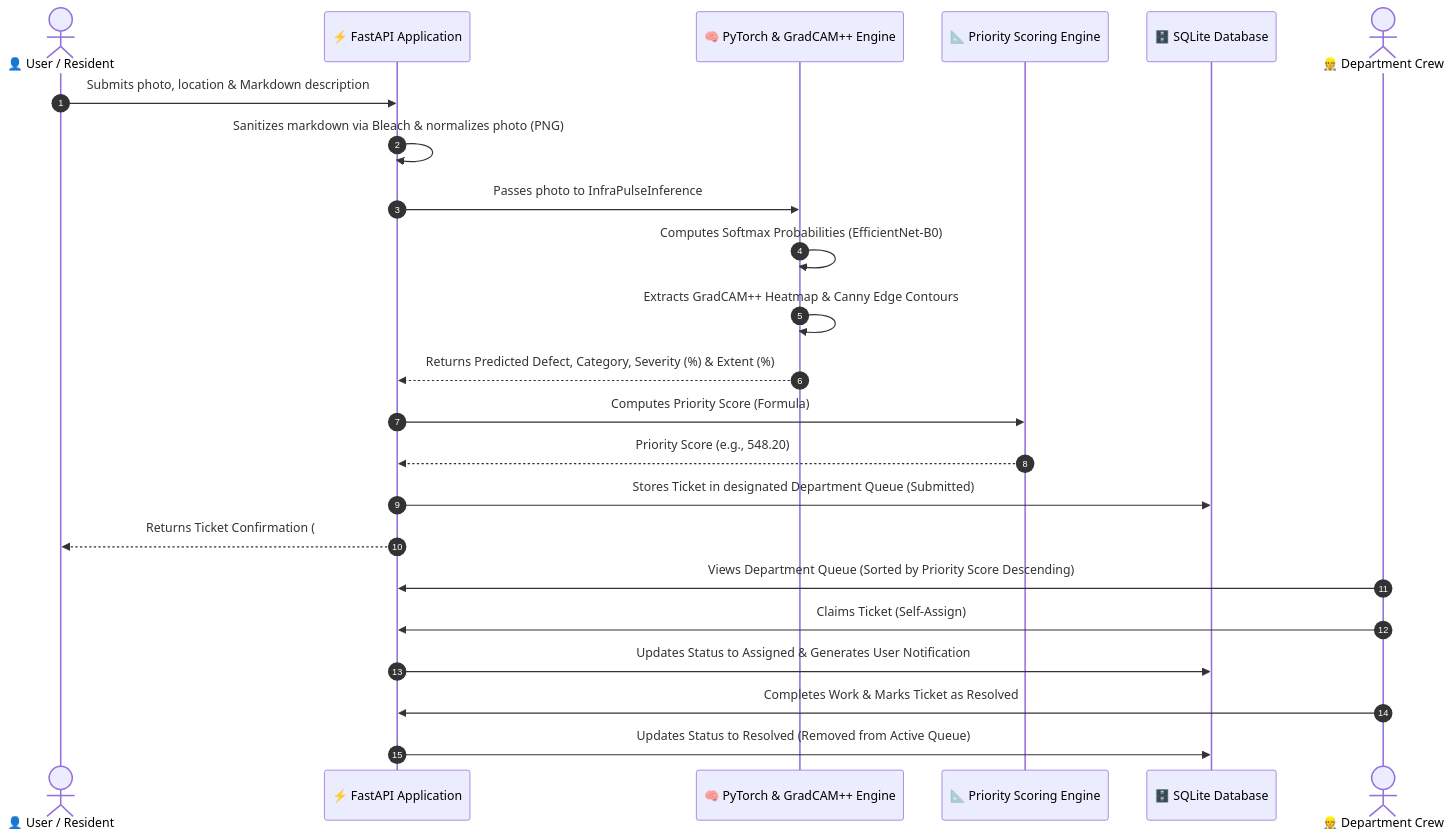
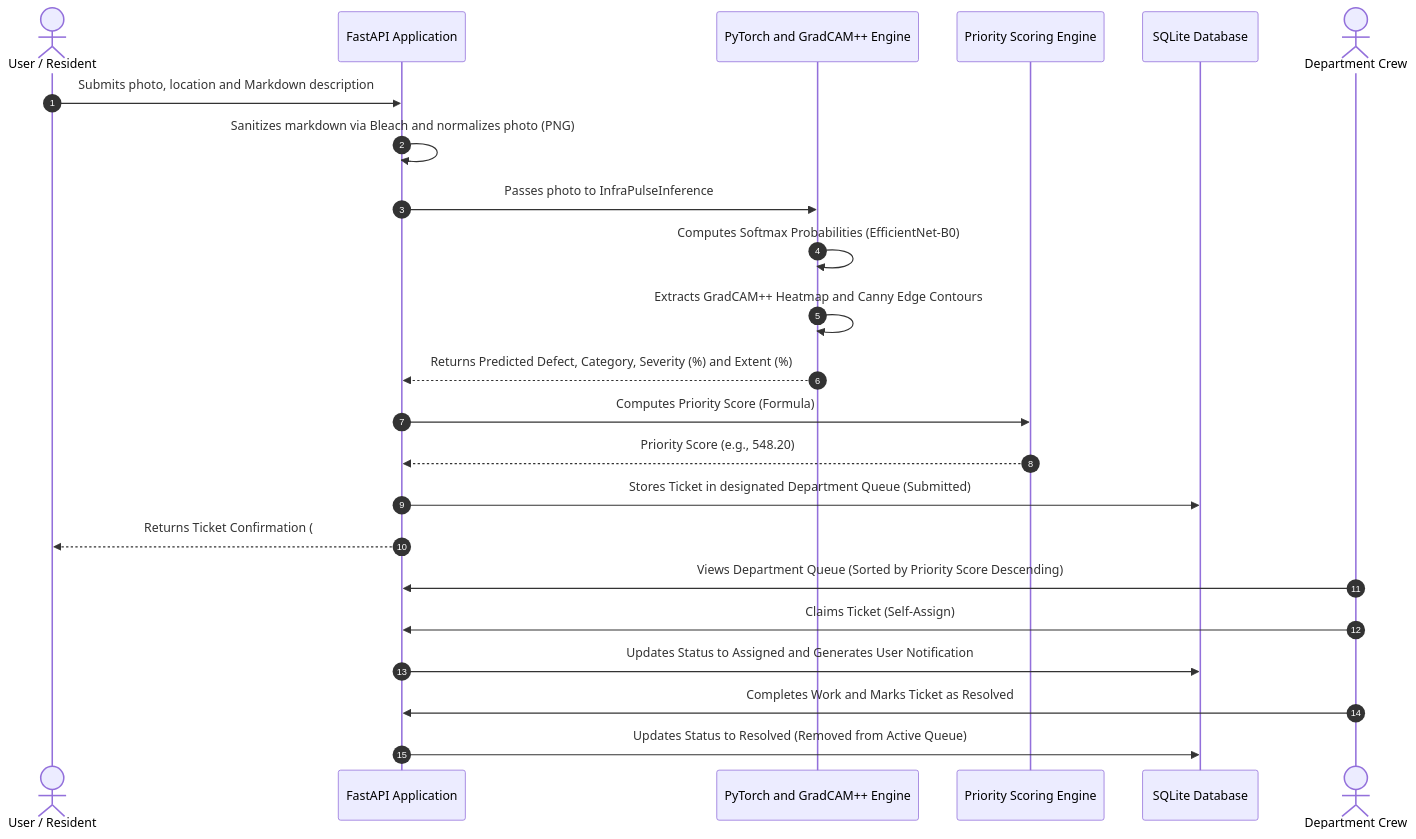
The third of 5 diagrams in README.md (Bittu5134/InfraPulse), drawn with Mermaid before and after one commit. The commit also changed other lines of this file and 1 other file, not shown here.

Commit message:
docs: reorganize diagrams contextually throughout README and strip all emojis across docs

````diff
--- a/README.md
+++ b/README.md
@@ -63,26 +112,26 @@
 ```mermaid
 sequenceDiagram
     autonumber
-    actor Resident as 👤 User / Resident
-    participant App as ⚡ FastAPI Application
-    participant ML as 🧠 PyTorch & GradCAM++ Engine
-    participant Engine as 📐 Priority Scoring Engine
-    participant DB as 🗄️ SQLite Database
-    actor Staff as 👷 Department Crew
+    actor Resident as User / Resident
+    participant App as FastAPI Application
+    participant ML as PyTorch and GradCAM++ Engine
+    participant Engine as Priority Scoring Engine
+    participant DB as SQLite Database
+    actor Staff as Department Crew
 
-    Resident->>App: Submits photo, location & Markdown description
-    App->>App: Sanitizes markdown via Bleach & normalizes photo (PNG)
+    Resident->>App: Submits photo, location and Markdown description
+    App->>App: Sanitizes markdown via Bleach and normalizes photo (PNG)
     App->>ML: Passes photo to InfraPulseInference
     ML->>ML: Computes Softmax Probabilities (EfficientNet-B0)
-    ML->>ML: Extracts GradCAM++ Heatmap & Canny Edge Contours
-    ML-->>App: Returns Predicted Defect, Category, Severity (%) & Extent (%)
+    ML->>ML: Extracts GradCAM++ Heatmap and Canny Edge Contours
+    ML-->>App: Returns Predicted Defect, Category, Severity (%) and Extent (%)
     App->>Engine: Computes Priority Score (Formula)
     Engine-->>App: Priority Score (e.g., 548.20)
     App->>DB: Stores Ticket in designated Department Queue (Submitted)
-    App-->>Resident: Returns Ticket Confirmation (#INF-XXXXXXXXXX) & Live Queue Rank
+    App-->>Resident: Returns Ticket Confirmation (#INF-XXXXXXXXXX) and Live Queue Rank
     Staff->>App: Views Department Queue (Sorted by Priority Score Descending)
     Staff->>App: Claims Ticket (Self-Assign)
-    App->>DB: Updates Status to Assigned & Generates User Notification
-    Staff->>App: Completes Work & Marks Ticket as Resolved
+    App->>DB: Updates Status to Assigned and Generates User Notification
+    Staff->>App: Completes Work and Marks Ticket as Resolved
     App->>DB: Updates Status to Resolved (Removed from Active Queue)
 ```
````
